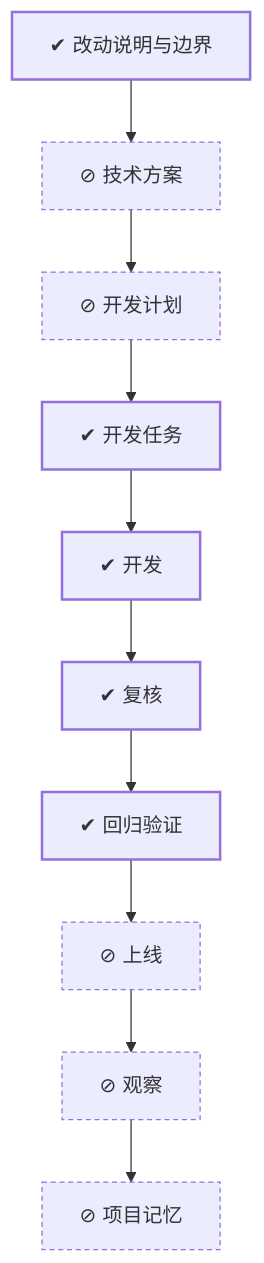
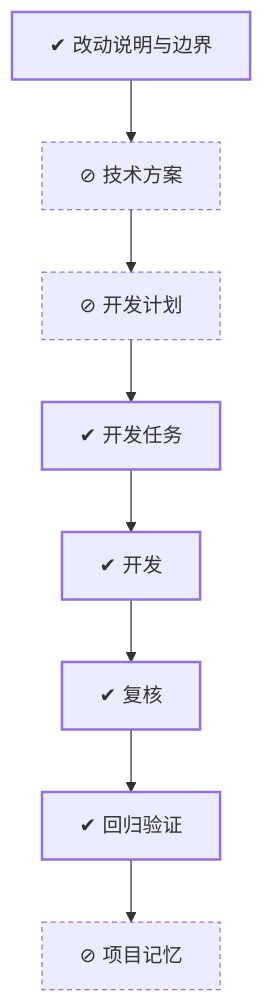
Before and after one commit to charon2121/cherry-oj: the diagram in development/works/WORK-006/00-work.md, drawn with Mermaid. The commit also changed other lines of this file and 85 other files, not shown here.

````diff
--- a/development/works/WORK-006/00-work.md
+++ b/development/works/WORK-006/00-work.md
@@ -37,20 +37,18 @@
 ```mermaid
 flowchart TD
     definition["✔ 改动说明与边界"]
     design["⊘ 技术方案"]
     plan["⊘ 开发计划"]
     tasks["✔ 开发任务"]
     development["✔ 开发"]
     review["✔ 复核"]
     verification["✔ 回归验证"]
-    release["⊘ 上线"]
-    observe["⊘ 观察"]
     memory["⊘ 项目记忆"]
-    definition --> design --> plan --> tasks --> development --> review --> verification --> release --> observe --> memory
+    definition --> design --> plan --> tasks --> development --> review --> verification --> memory
     classDef done stroke-width:2px
     classDef doing stroke-width:3px
     classDef skipped stroke-dasharray:4 3
     classDef blocked stroke-width:3px,stroke-dasharray:2 2
     class definition,tasks,development,review,verification done
-    class design,plan,release,observe,memory skipped
+    class design,plan,memory skipped
 ```
````
